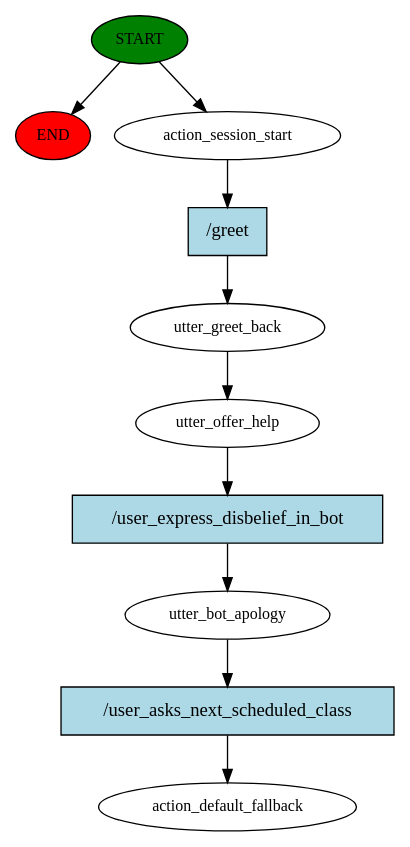
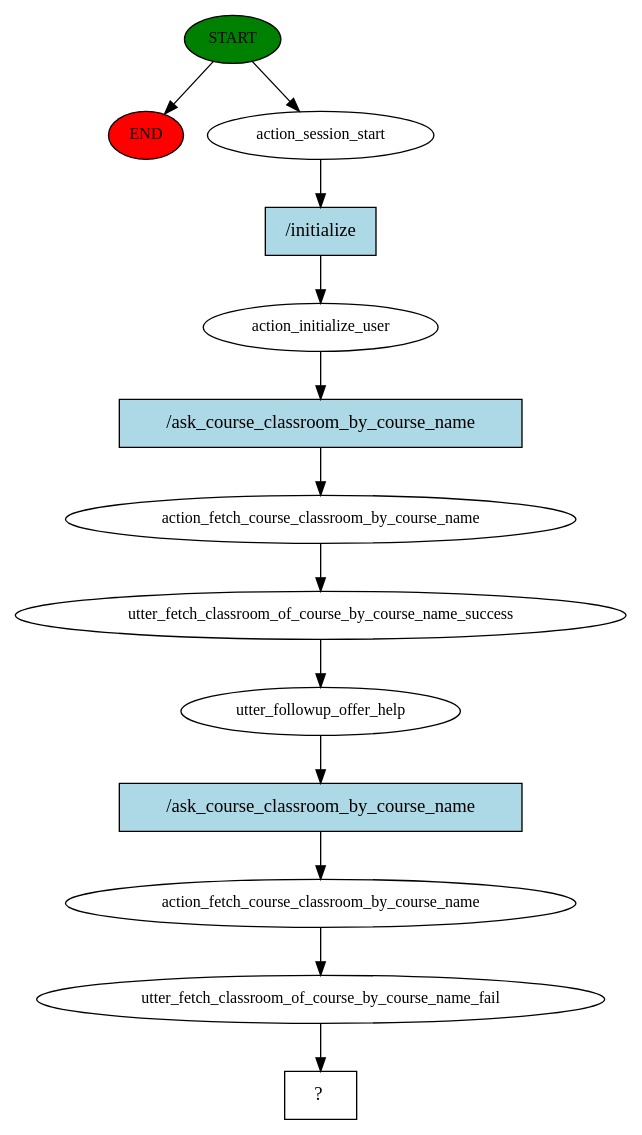
The diagram in chatbot-rasa/story_graph.dot (sancroth/EducationalChatbot), drawn with Graphviz before and after one commit. The commit also changed 6 other files, not shown here.

```diff
--- a/chatbot-rasa/story_graph.dot
+++ b/chatbot-rasa/story_graph.dot
@@ -1,21 +1,27 @@
 digraph  {
 0 [class="start active", fillcolor=green, fontsize=12, label=START, style=filled];
 "-1" [class=end, fillcolor=red, fontsize=12, label=END, style=filled];
 1 [class=active, fontsize=12, label=action_session_start];
-2 [class=active, fontsize=12, label=utter_greet_back];
-3 [class=active, fontsize=12, label=utter_offer_help];
-4 [class=active, fontsize=12, label=utter_bot_apology];
-5 [class="dashed active", fontsize=12, label=action_default_fallback];
-6 [class="intent active", fillcolor=lightblue, label="/greet", shape=rect, style=filled];
-7 [class="intent active", fillcolor=lightblue, label="/user_express_disbelief_in_bot", shape=rect, style=filled];
-8 [class="intent active", fillcolor=lightblue, label="/user_asks_next_scheduled_class", shape=rect, style=filled];
+2 [class=active, fontsize=12, label=action_initialize_user];
+3 [class=active, fontsize=12, label=action_fetch_course_classroom_by_course_name];
+4 [class=active, fontsize=12, label=utter_fetch_classroom_of_course_by_course_name_success];
+5 [class=active, fontsize=12, label=utter_followup_offer_help];
+6 [class=active, fontsize=12, label=action_fetch_course_classroom_by_course_name];
+7 [class=active, fontsize=12, label=utter_fetch_classroom_of_course_by_course_name_fail];
+8 [class="intent dashed active", label="  ?  ", shape=rect];
+9 [class="intent active", fillcolor=lightblue, label="/initialize", shape=rect, style=filled];
+10 [class="intent active", fillcolor=lightblue, label="/ask_course_classroom_by_course_name", shape=rect, style=filled];
+11 [class="intent active", fillcolor=lightblue, label="/ask_course_classroom_by_course_name", shape=rect, style=filled];
 0 -> "-1"  [class="", key=NONE, label=""];
 0 -> 1  [class=active, key=NONE, label=""];
-1 -> 6  [class=active, key=0];
-2 -> 3  [class=active, key=NONE, label=""];
-3 -> 7  [class=active, key=0];
-4 -> 8  [class=active, key=0];
-6 -> 2  [class=active, key=0];
-7 -> 4  [class=active, key=0];
-8 -> 5  [class=active, key=0];
+1 -> 9  [class=active, key=0];
+2 -> 10  [class=active, key=0];
+3 -> 4  [class=active, key=NONE, label=""];
+4 -> 5  [class=active, key=NONE, label=""];
+5 -> 11  [class=active, key=0];
+6 -> 7  [class=active, key=NONE, label=""];
+7 -> 8  [class=active, key=NONE, label=""];
+9 -> 2  [class=active, key=0];
+10 -> 3  [class=active, key=0];
+11 -> 6  [class=active, key=0];
 }
```
